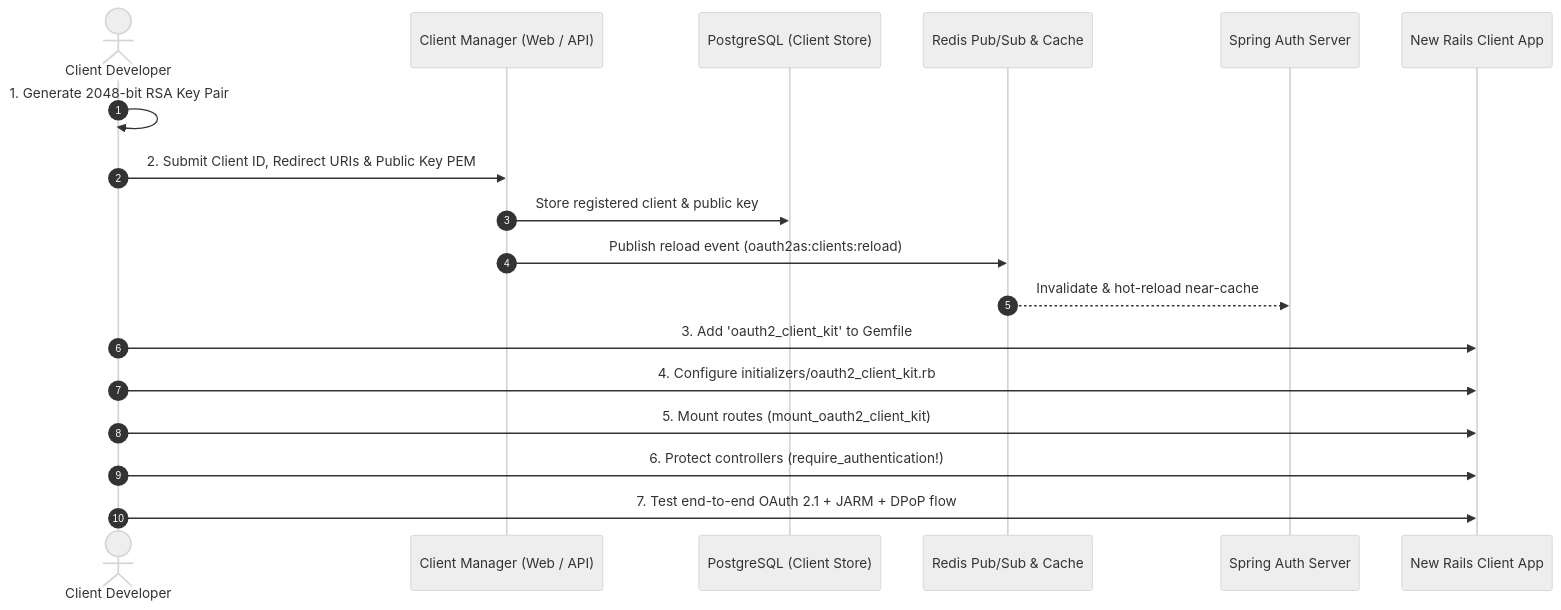
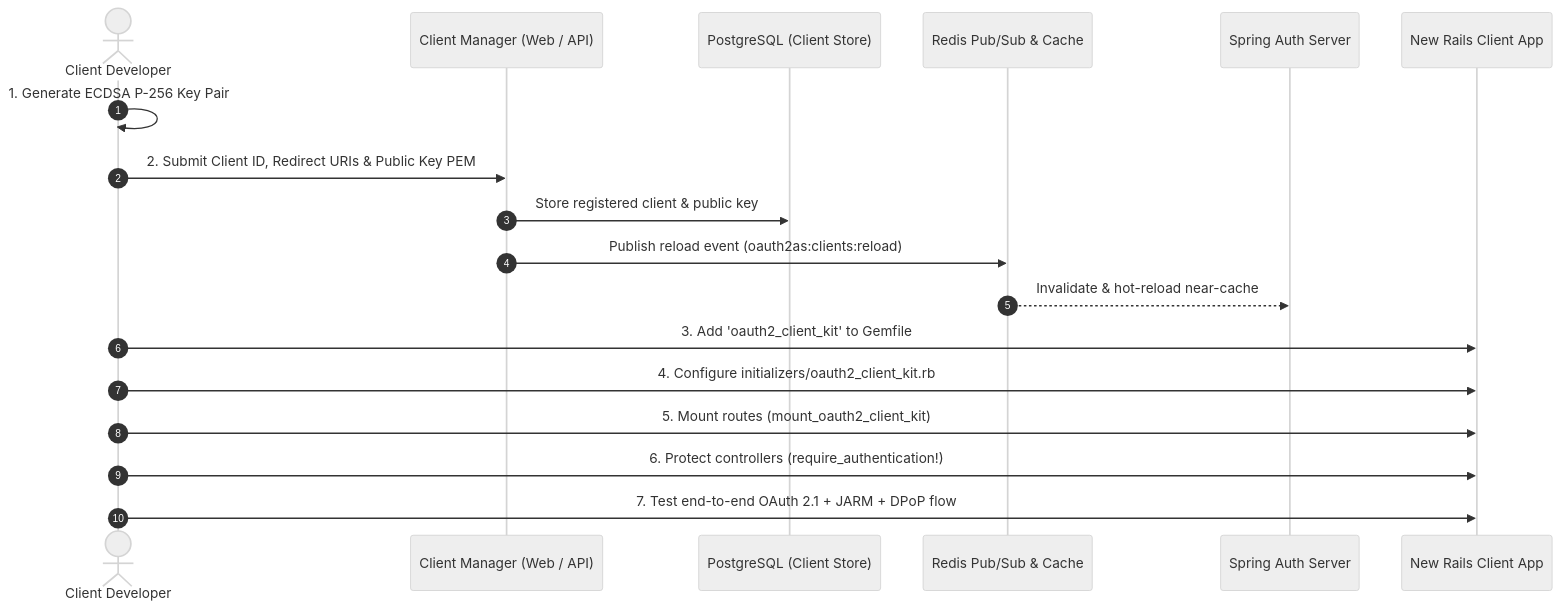
The diagram in docs/guides/new_client_onboarding_guide.md (shoeyn/oauth-server), drawn with Mermaid (neutral theme) before and after one commit. The commit also changed other lines of this file and 48 other files, not shown here.

````diff
--- a/docs/guides/new_client_onboarding_guide.md
+++ b/docs/guides/new_client_onboarding_guide.md
@@ -9,21 +9,21 @@
 ```mermaid
 sequenceDiagram
     autonumber
     actor Dev as Client Developer
     participant CM as Client Manager (Web / API)
     participant PG as PostgreSQL (Client Store)
     participant Redis as Redis Pub/Sub & Cache
     participant AS as Spring Auth Server
     participant Client as New Rails Client App
 
-    Dev->>Dev: 1. Generate 2048-bit RSA Key Pair
+    Dev->>Dev: 1. Generate ECDSA P-256 Key Pair
     Dev->>CM: 2. Submit Client ID, Redirect URIs & Public Key PEM
     CM->>PG: Store registered client & public key
     CM->>Redis: Publish reload event (oauth2as:clients:reload)
     Redis-->>AS: Invalidate & hot-reload near-cache
     Dev->>Client: 3. Add 'oauth2_client_kit' to Gemfile
     Dev->>Client: 4. Configure initializers/oauth2_client_kit.rb
     Dev->>Client: 5. Mount routes (mount_oauth2_client_kit)
     Dev->>Client: 6. Protect controllers (require_authentication!)
     Dev->>Client: 7. Test end-to-end OAuth 2.1 + JARM + DPoP flow
 ```
````
